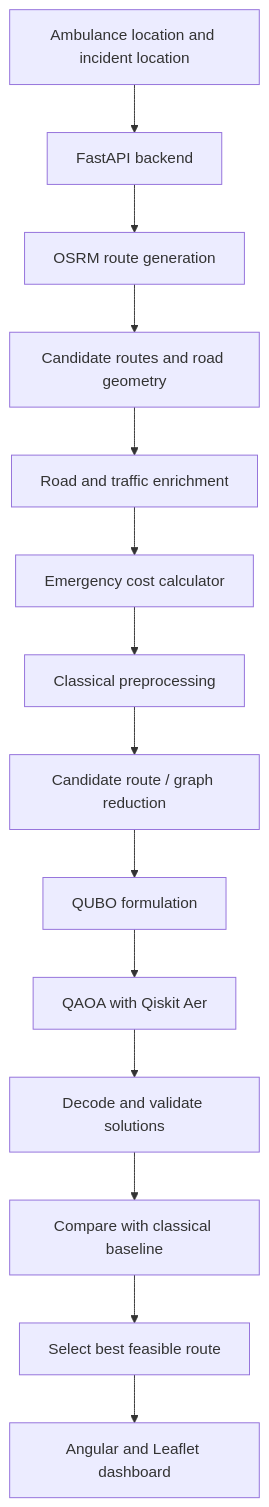
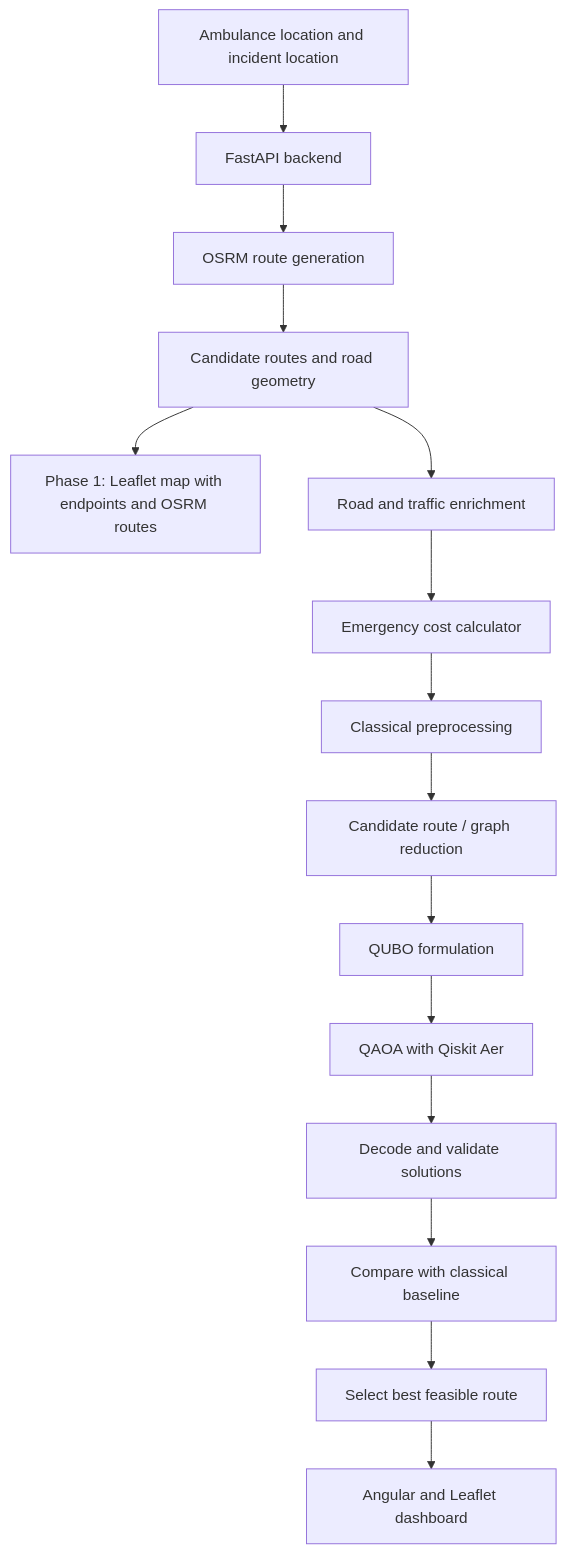
One commit to Alan-Saju/QuantumHack changed the diagram in QuantumRescue_Implementation_Plan.md. Above: the diagram before and after it, drawn with Mermaid. The commit also changed other lines of this file and 2 other files, not shown here.

````diff
--- a/QuantumRescue_Implementation_Plan.md
+++ b/QuantumRescue_Implementation_Plan.md
@@ -87,16 +105,17 @@
 ``` mermaid
 flowchart TD
     A[Ambulance location and incident location] --> B[FastAPI backend]
     B --> C[OSRM route generation]
     C --> D[Candidate routes and road geometry]
+    D --> O[Phase 1: Leaflet map with endpoints and OSRM routes]
     D --> E[Road and traffic enrichment]
     E --> F[Emergency cost calculator]
     F --> G[Classical preprocessing]
     G --> H[Candidate route / graph reduction]
     H --> I[QUBO formulation]
     I --> J[QAOA with Qiskit Aer]
     J --> K[Decode and validate solutions]
     K --> L[Compare with classical baseline]
     L --> M[Select best feasible route]
     M --> N[Angular and Leaflet dashboard]
 ```
````
